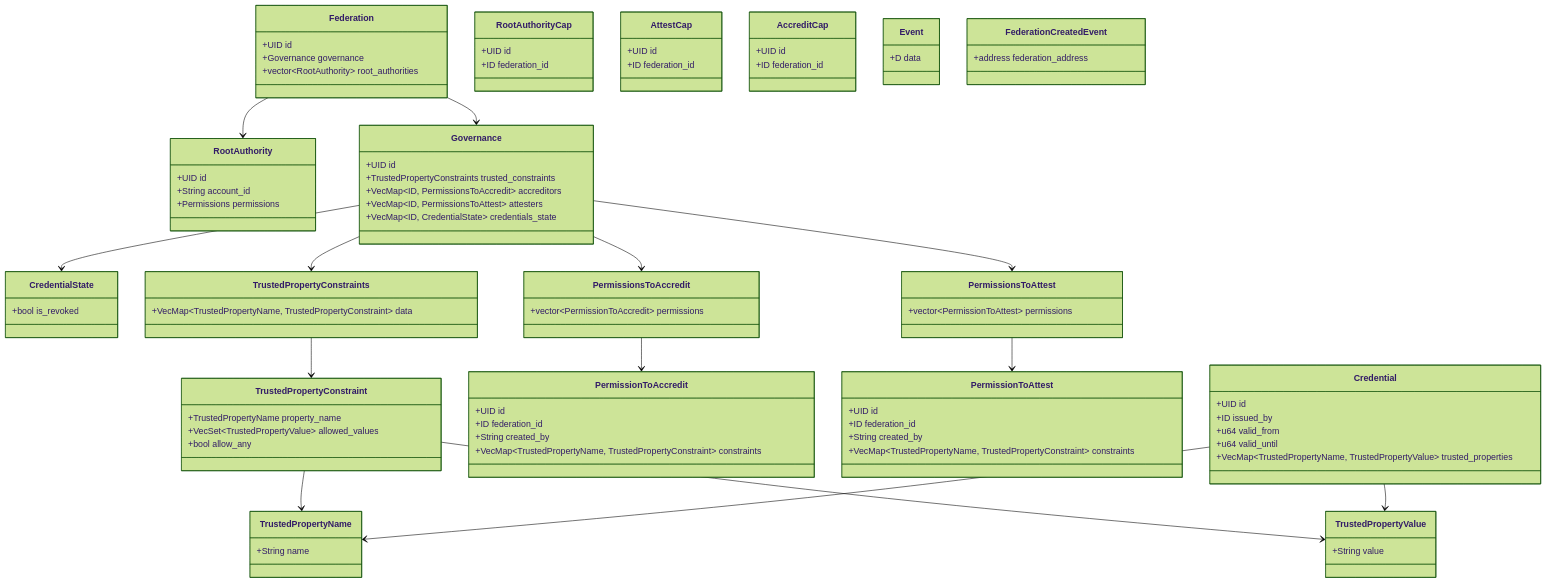
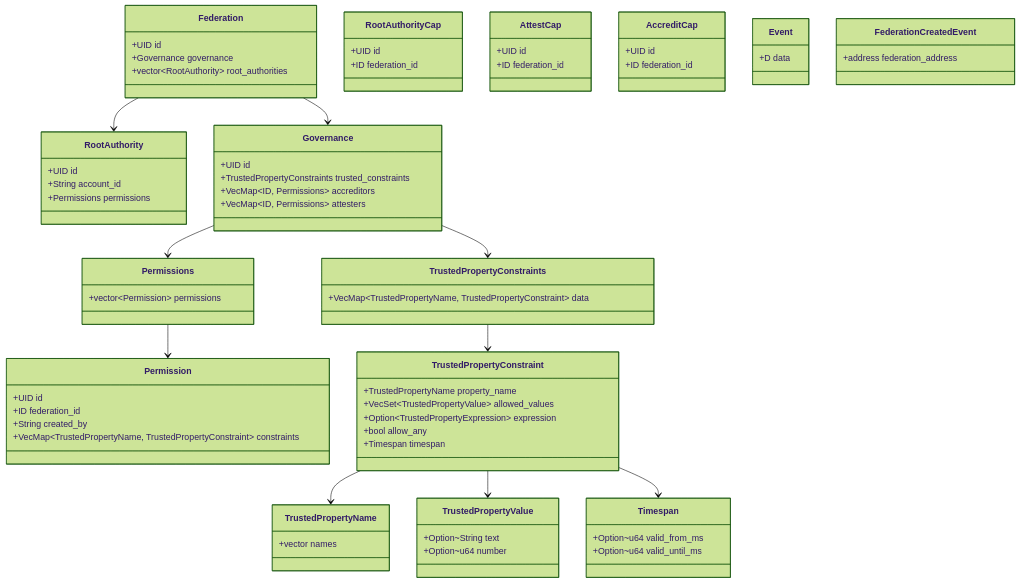
The second of 2 diagrams in README.MD (iotaledger/hierarchies), drawn with Mermaid (forest theme) before and after one commit. The commit also changed other lines of this file, not shown here.

Commit message:
refactor: update README to reflect changes in IOTA Trust Hierarchies and improve clarity on federation operations

````diff
--- a/README.MD
+++ b/README.MD
@@ -191,9 +187,8 @@
     class Governance {
         +UID id
         +TrustedPropertyConstraints trusted_constraints
-        +VecMap~ID, PermissionsToAccredit~ accreditors
-        +VecMap~ID, PermissionsToAttest~ attesters
-        +VecMap~ID, CredentialState~ credentials_state
+        +VecMap~ID, Permissions~ accreditors
+        +VecMap~ID, Permissions~ attesters
     }
 
     class RootAuthorityCap {
@@ -219,39 +214,18 @@
         +address federation_address
     }
 
-    class Credential {
-        +UID id
-        +ID issued_by
-        +u64 valid_from
-        +u64 valid_until
-        +VecMap~TrustedPropertyName, TrustedPropertyValue~ trusted_properties
+
+    class Permissions {
+        +vector~Permission~ permissions
     }
 
-    class CredentialState {
-        +bool is_revoked
+    class Permission {
+      +UID id
+      +ID federation_id
+      +String created_by
+      +VecMap~TrustedPropertyName, TrustedPropertyConstraint~ constraints
     }
 
-    class PermissionsToAccredit {
-        +vector~PermissionToAccredit~ permissions
-    }
-
-    class PermissionToAccredit {
-        +UID id
-        +ID federation_id
-        +String created_by
-        +VecMap~TrustedPropertyName, TrustedPropertyConstraint~ constraints
-    }
-
-    class PermissionsToAttest {
-        +vector~PermissionToAttest~ permissions
-    }
-
-    class PermissionToAttest {
-        +UID id
-        +ID federation_id
-        +String created_by
-        +VecMap~TrustedPropertyName, TrustedPropertyConstraint~ constraints
-    }
 
     class TrustedPropertyConstraints {
         +VecMap~TrustedPropertyName, TrustedPropertyConstraint~ data
@@ -260,29 +234,33 @@
     class TrustedPropertyConstraint {
         +TrustedPropertyName property_name
         +VecSet~TrustedPropertyValue~ allowed_values
+        +Option~TrustedPropertyExpression~ expression
         +bool allow_any
+        +Timespan timespan
     }
 
     class TrustedPropertyName {
-        +String name
+        +vector names
     }
 
     class TrustedPropertyValue {
-        +String value
+        +Option~String text
+        +Option~u64 number
+    }
+
+    class Timespan {
+      +Option~u64 valid_from_ms
+      +Option~u64 valid_until_ms
     }
 
     Federation --> Governance
     Federation --> RootAuthority
     Governance --> TrustedPropertyConstraints
-    Governance --> PermissionsToAccredit
-    Governance --> PermissionsToAttest
-    Governance --> CredentialState
+    Governance --> Permissions
     TrustedPropertyConstraints --> TrustedPropertyConstraint
-    PermissionsToAccredit --> PermissionToAccredit
-    PermissionsToAttest --> PermissionToAttest
+    Permissions --> Permission
     TrustedPropertyConstraint --> TrustedPropertyName
     TrustedPropertyConstraint --> TrustedPropertyValue
-    Credential --> TrustedPropertyName
-    Credential --> TrustedPropertyValue
+    TrustedPropertyConstraint --> Timespan
 
 ```
````
